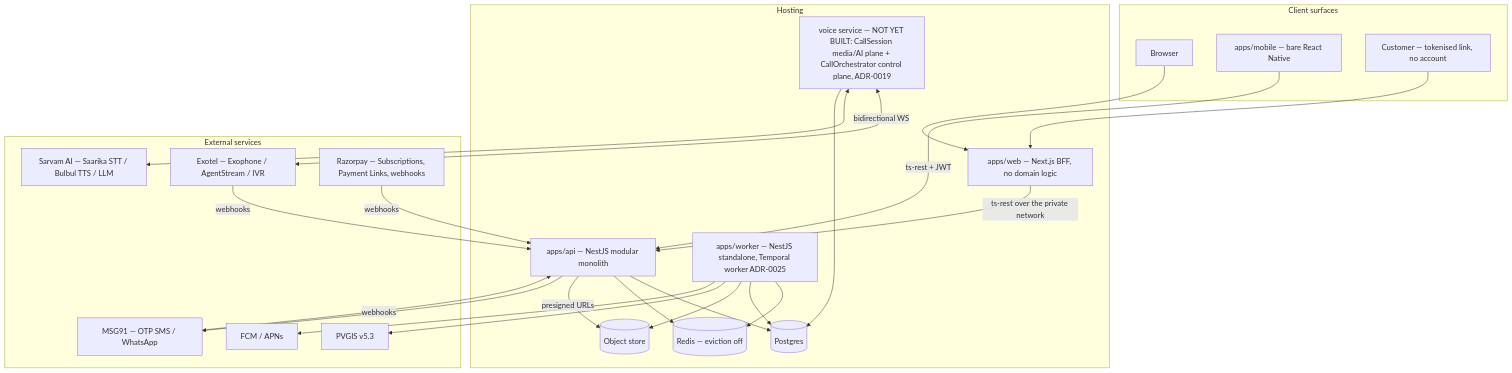
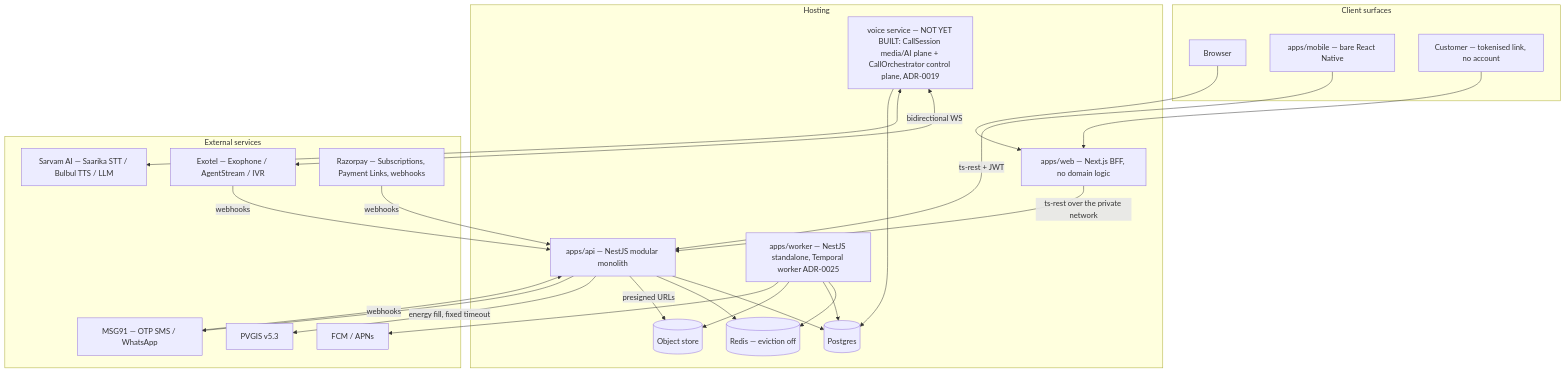
One commit to tejas96/HelioGrid changed the diagram in docs/engineering/02-system-architecture.md. Above: the diagram before and after it, drawn with Mermaid. The commit also changed other lines of this file and 1509 other files, not shown here.

````diff
--- a/docs/engineering/02-system-architecture.md
+++ b/docs/engineering/02-system-architecture.md
@@ -24,47 +24,47 @@
 ```mermaid
 graph TB
   subgraph clients [Client surfaces]
     BR[Browser]
     MOB[apps/mobile — bare React Native]
     CL[Customer — tokenised link, no account]
   end
 
   subgraph host [Hosting]
     WEB[apps/web — Next.js BFF, no domain logic]
     API[apps/api — NestJS modular monolith]
     WORKER[apps/worker — NestJS standalone, Temporal worker ADR-0025]
     VOICE[voice service — NOT YET BUILT: CallSession media/AI plane + CallOrchestrator control plane, ADR-0019]
     PG[(Postgres)]
     RD[(Redis — eviction off)]
     TG[(Object store)]
   end
 
   subgraph ext [External services]
     PVGIS[PVGIS v5.3]
     EXO[Exotel — Exophone / AgentStream / IVR]
     SAR[Sarvam AI — Saarika STT / Bulbul TTS / LLM]
     RZP[Razorpay — Subscriptions, Payment Links, webhooks]
     MSG[MSG91 — OTP SMS / WhatsApp]
     PUSHN[FCM / APNs]
   end
 
   BR --> WEB
   CL --> WEB
   WEB -->|ts-rest over the private network| API
   MOB -->|ts-rest + JWT| API
   API --> PG
   API --> RD
   API -->|presigned URLs| TG
   WORKER --> RD
   WORKER --> PG
   WORKER --> TG
-  WORKER --> PVGIS
+  API -->|energy fill, fixed timeout| PVGIS
   WORKER --> PUSHN
   VOICE <-->|bidirectional WS| EXO
   VOICE <--> SAR
   VOICE --> PG
   RZP -->|webhooks| API
   EXO -->|webhooks| API
   MSG -->|webhooks| API
   API --> MSG
 ```
````
